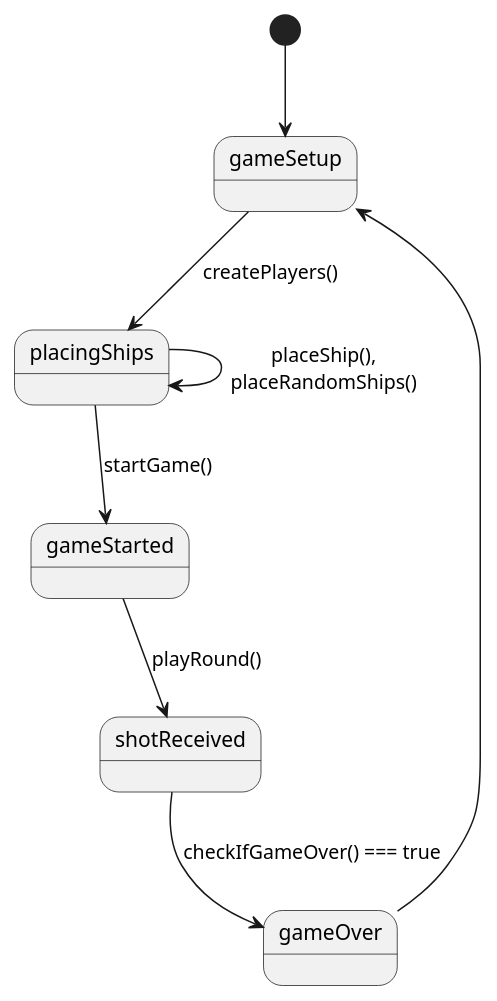
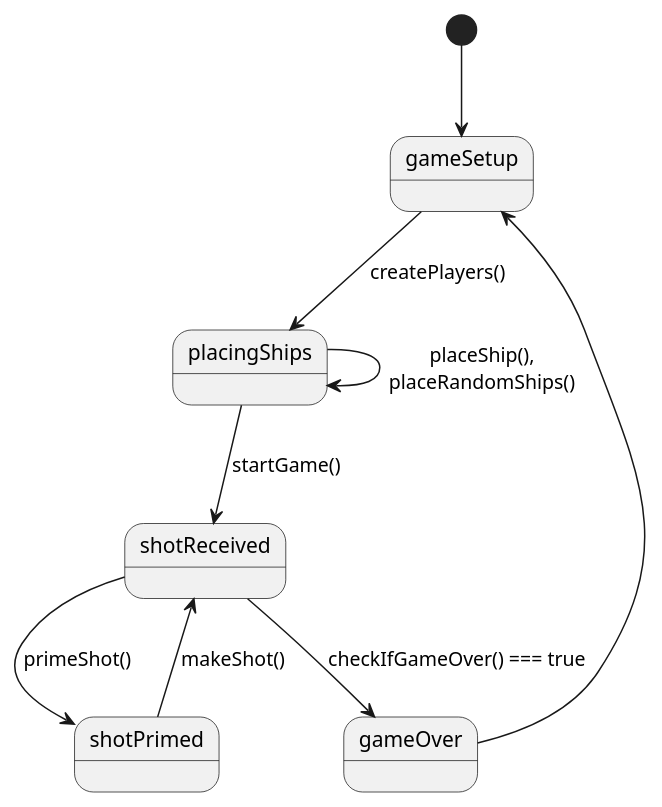
The diagram in docs/diagrams/src/GameState.puml (perugi/battleship), drawn with PlantUML before and after one commit.

Commit message:
Update FSM to match the new shotPrime state

```diff
--- a/docs/diagrams/src/GameState.puml
+++ b/docs/diagrams/src/GameState.puml
@@ -1,11 +1,12 @@
 @startuml GameState FSM
 
 [*] --> gameSetup
 gameSetup --> placingShips: createPlayers()
 placingShips --> placingShips: placeShip(),\nplaceRandomShips()
-placingShips --> gameStarted: startGame()
-gameStarted --> shotReceived: playRound()
+placingShips --> shotReceived: startGame()
+shotReceived --> shotPrimed: primeShot()
+shotPrimed --> shotReceived: makeShot()
 shotReceived --> gameOver: checkIfGameOver() === true 
 gameOver --> gameSetup
 
 @enduml
```
